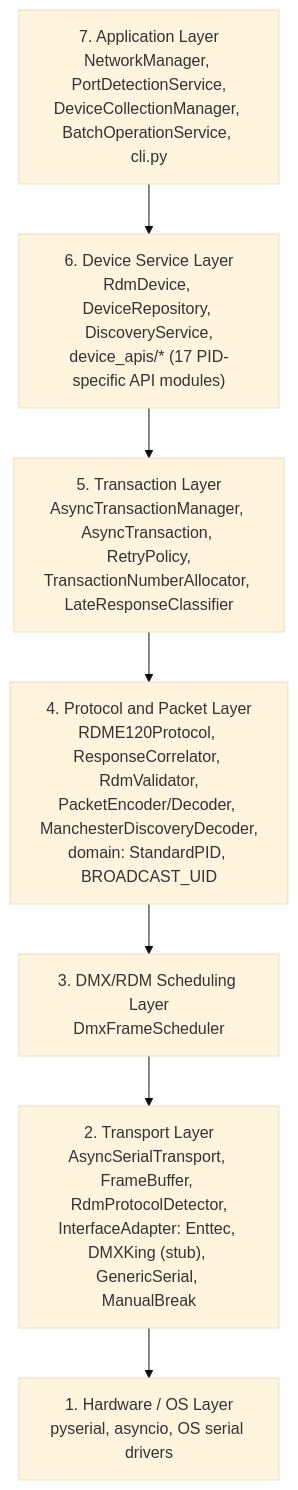
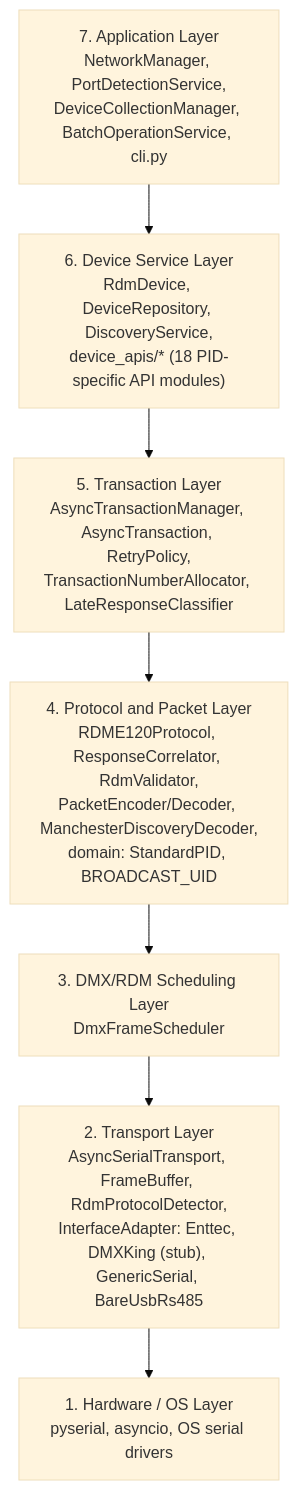
One commit to arvinlobo/rdm-dmx-async changed the first of 2 diagrams in docs/ARCHITECTURE.md. Above: the diagram before and after it, drawn with Mermaid (base theme). The commit also changed other lines of this file and 1 other file, not shown here.

````diff
--- a/docs/ARCHITECTURE.md
+++ b/docs/ARCHITECTURE.md
@@ -15,12 +17,12 @@
 ```mermaid
 flowchart TD
     L7["7. Application Layer<br/>NetworkManager, PortDetectionService,<br/>DeviceCollectionManager, BatchOperationService, cli.py"]
-    L6["6. Device Service Layer<br/>RdmDevice, DeviceRepository, DiscoveryService,<br/>device_apis/* (17 PID-specific API modules)"]
+    L6["6. Device Service Layer<br/>RdmDevice, DeviceRepository, DiscoveryService,<br/>device_apis/* (18 PID-specific API modules)"]
     L5["5. Transaction Layer<br/>AsyncTransactionManager, AsyncTransaction, RetryPolicy,<br/>TransactionNumberAllocator, LateResponseClassifier"]
     L4["4. Protocol and Packet Layer<br/>RDME120Protocol, ResponseCorrelator, RdmValidator,<br/>PacketEncoder/Decoder, ManchesterDiscoveryDecoder,<br/>domain: StandardPID, BROADCAST_UID"]
     L3["3. DMX/RDM Scheduling Layer<br/>DmxFrameScheduler"]
-    L2["2. Transport Layer<br/>AsyncSerialTransport, FrameBuffer, RdmProtocolDetector,<br/>InterfaceAdapter: Enttec, DMXKing (stub), GenericSerial, ManualBreak"]
+    L2["2. Transport Layer<br/>AsyncSerialTransport, FrameBuffer, RdmProtocolDetector,<br/>InterfaceAdapter: Enttec, DMXKing (stub), GenericSerial, BareUsbRs485"]
     L1["1. Hardware / OS Layer<br/>pyserial, asyncio, OS serial drivers"]
 
     L7 --> L6 --> L5 --> L4 --> L3 --> L2 --> L1
 ```
````
